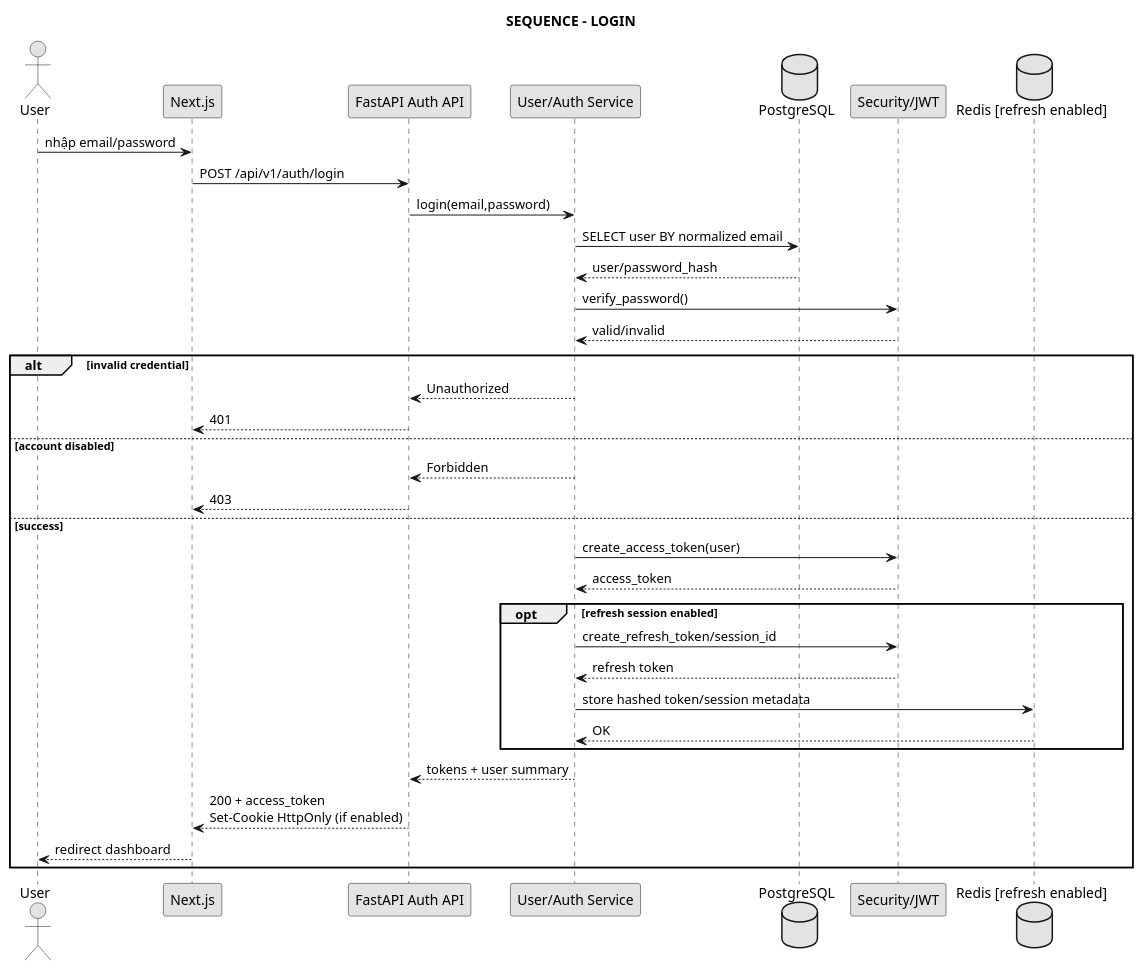
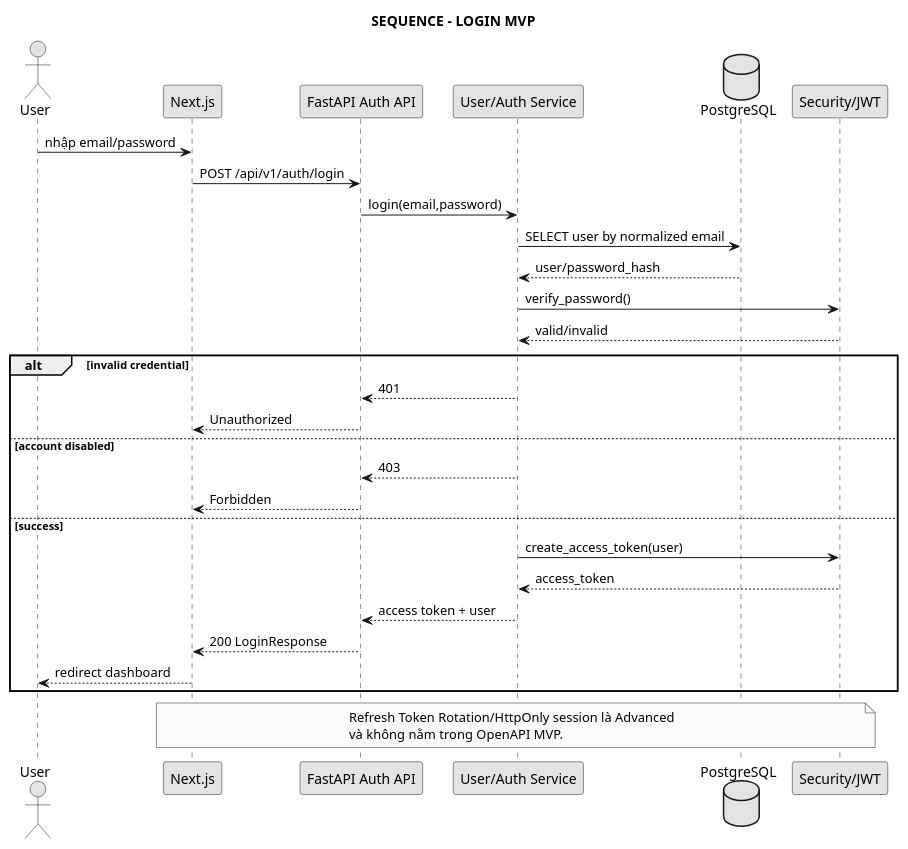
One commit to anh632k-ui/WebCVUngVienTuyenDung changed the diagram in docs/04_sequence/seq_login.puml. Above: the diagram before and after it, drawn with PlantUML.

Commit message:
docs(sequence): keep login sequence MVP-only

```diff
--- a/docs/04_sequence/seq_login.puml
+++ b/docs/04_sequence/seq_login.puml
@@ -1,42 +1,38 @@
 @startuml
 skinparam monochrome true
 skinparam shadowing false
-
-title SEQUENCE - LOGIN
+title SEQUENCE - LOGIN MVP
 
 actor User
 participant "Next.js" as FE
 participant "FastAPI Auth API" as API
 participant "User/Auth Service" as Service
 database "PostgreSQL" as DB
 participant "Security/JWT" as Sec
-database "Redis [refresh enabled]" as Redis
 
 User -> FE : nhập email/password
 FE -> API : POST /api/v1/auth/login
 API -> Service : login(email,password)
-Service -> DB : SELECT user BY normalized email
+Service -> DB : SELECT user by normalized email
 DB --> Service : user/password_hash
 Service -> Sec : verify_password()
 Sec --> Service : valid/invalid
 alt invalid credential
-  Service --> API : Unauthorized
-  API --> FE : 401
+  Service --> API : 401
+  API --> FE : Unauthorized
 else account disabled
-  Service --> API : Forbidden
-  API --> FE : 403
+  Service --> API : 403
+  API --> FE : Forbidden
 else success
   Service -> Sec : create_access_token(user)
   Sec --> Service : access_token
-  opt refresh session enabled
-    Service -> Sec : create_refresh_token/session_id
-    Sec --> Service : refresh token
-    Service -> Redis : store hashed token/session metadata
-    Redis --> Service : OK
-  end
-  Service --> API : tokens + user summary
-  API --> FE : 200 + access_token\nSet-Cookie HttpOnly (if enabled)
+  Service --> API : access token + user
+  API --> FE : 200 LoginResponse
   FE --> User : redirect dashboard
 end
 
+note over FE,Sec
+Refresh Token Rotation/HttpOnly session là Advanced
+và không nằm trong OpenAPI MVP.
+end note
 @enduml
```
